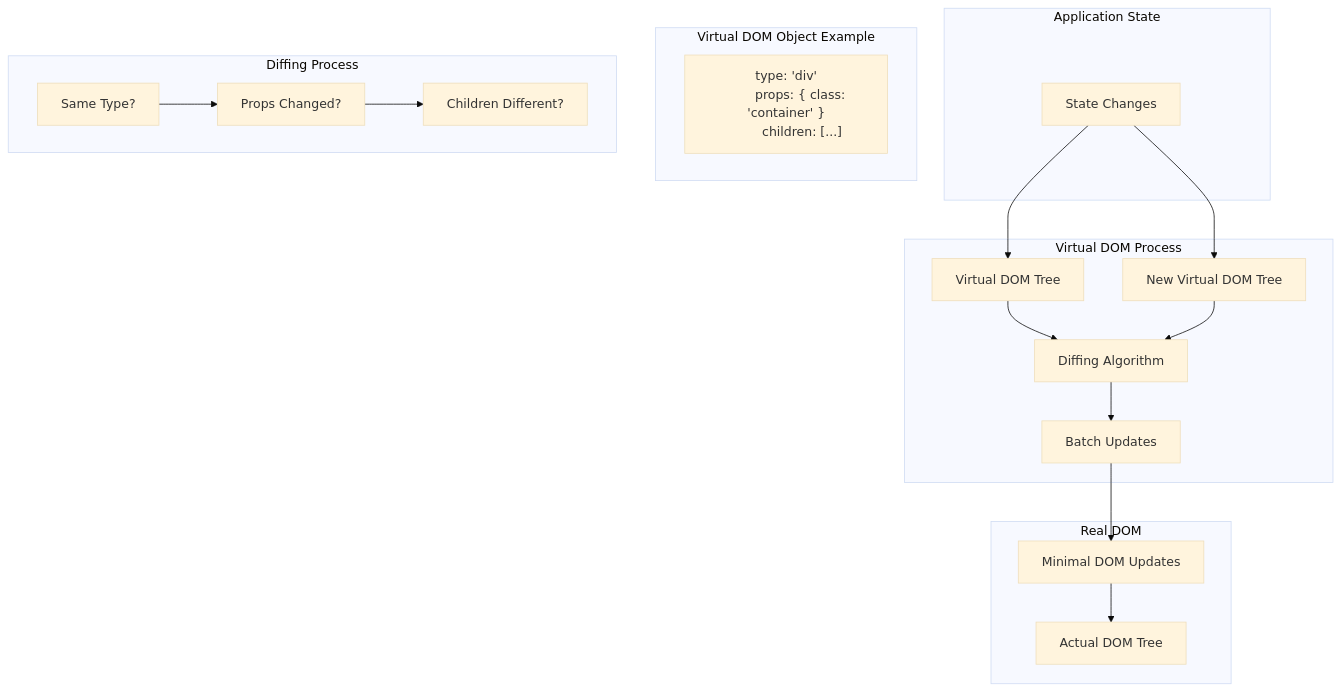
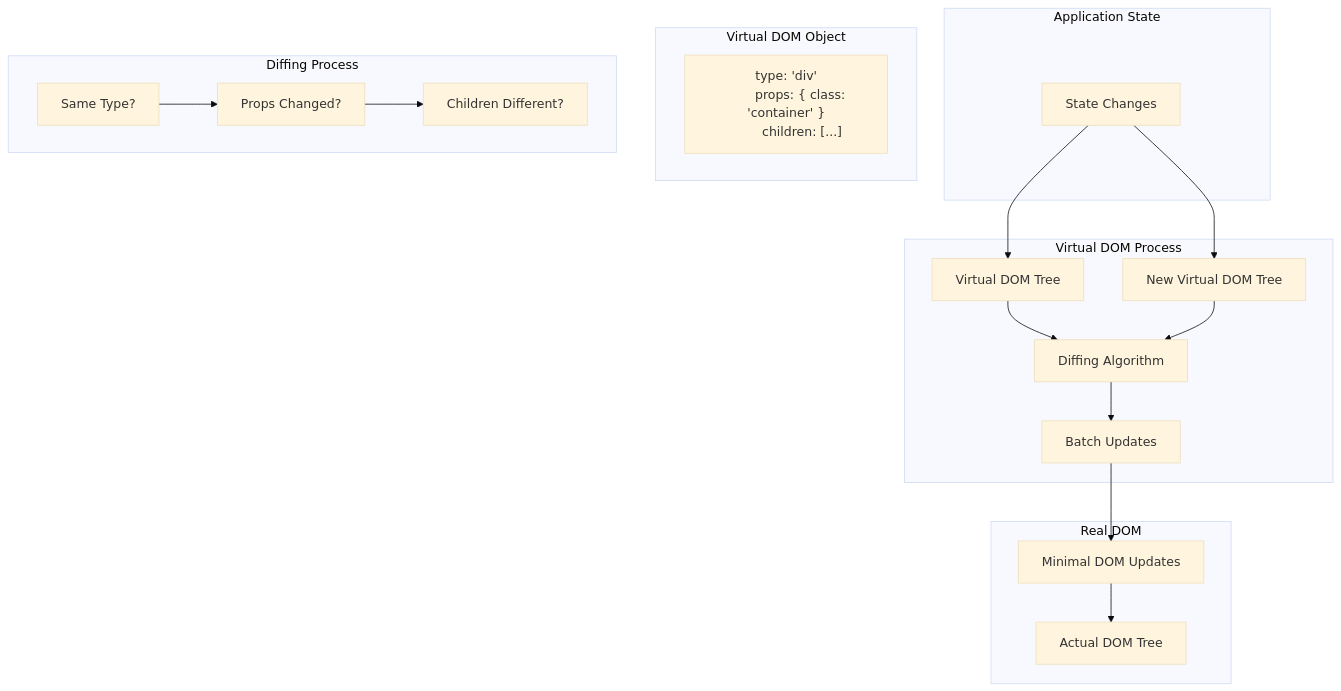
The diagram in packages/vdom3r/vdom-flowchart.mmd (threemak/vdom-monorepo), drawn with Mermaid (base theme) before and after one commit.

```diff
--- a/packages/vdom3r/vdom-flowchart.mmd
+++ b/packages/vdom3r/vdom-flowchart.mmd
@@ -1,41 +1,41 @@
 flowchart TB
     subgraph Application["Application State"]
         State["State Changes"]
     end
 
     subgraph VirtualDOM["Virtual DOM Process"]
         VDOM1["Virtual DOM Tree"]
         VDOM2["New Virtual DOM Tree"]
         diff["Diffing Algorithm"]
         batch["Batch Updates"]
     end
 
     subgraph RealDOM["Real DOM"]
         DOM["Actual DOM Tree"]
         Updates["Minimal DOM Updates"]
     end
 
     State --> VDOM1
     State --> VDOM2
     VDOM1 --> diff
     VDOM2 --> diff
     diff --> batch
     batch --> Updates
     Updates --> DOM
 
     %% Object representations
-    subgraph VDOMExample["Virtual DOM Object Example"]
+    subgraph VDOMExample["Virtual DOM Object"]
         VNode["type: 'div'
         props: { class: 'container' }
         children: [...]"]
     end
 
     subgraph DiffingProcess["Diffing Process"]
         direction LR
         D1["Same Type?"]
         D2["Props Changed?"]
         D3["Children Different?"]
     end
 
     D1 --> D2
     D2 --> D3
```
